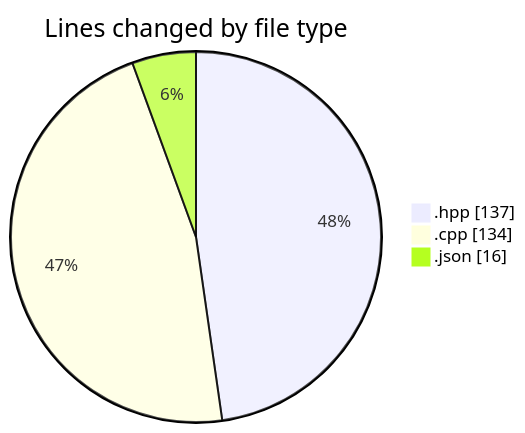
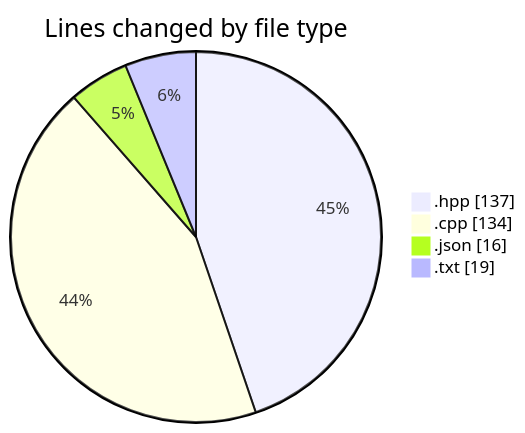
One commit to Netris89/code-tracking changed the first of 2 diagrams in 2025-05-02/date/README.md. Above: the diagram before and after it, drawn with Mermaid. The commit also changed other lines of this file and 1 other file, not shown here.

````diff
--- a/2025-05-02/date/README.md
+++ b/2025-05-02/date/README.md
@@ -24,7 +25,8 @@
 ```mermaid
 pie showData
 title Lines changed by file type
 ".hpp" : 137
 ".cpp" : 134
 ".json" : 16
+".txt" : 19
 ```
````
